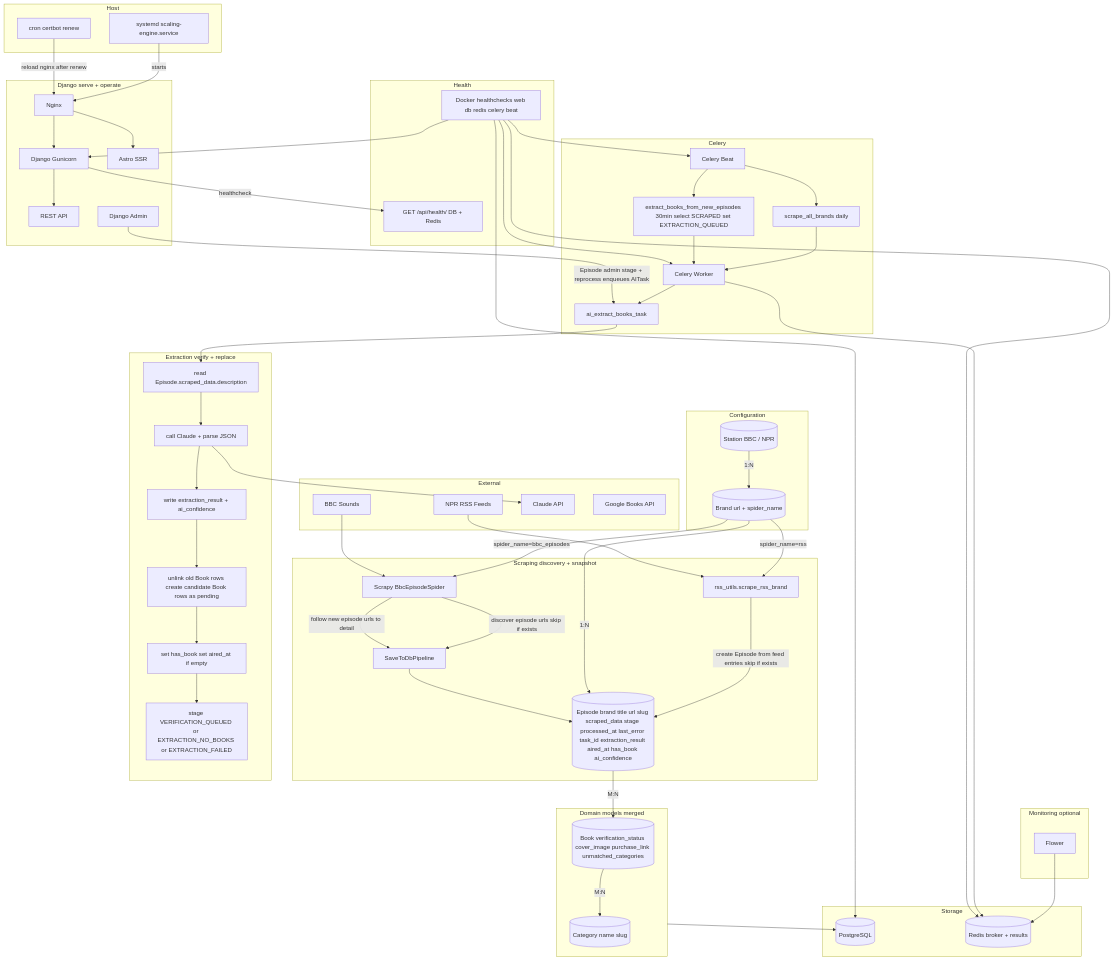
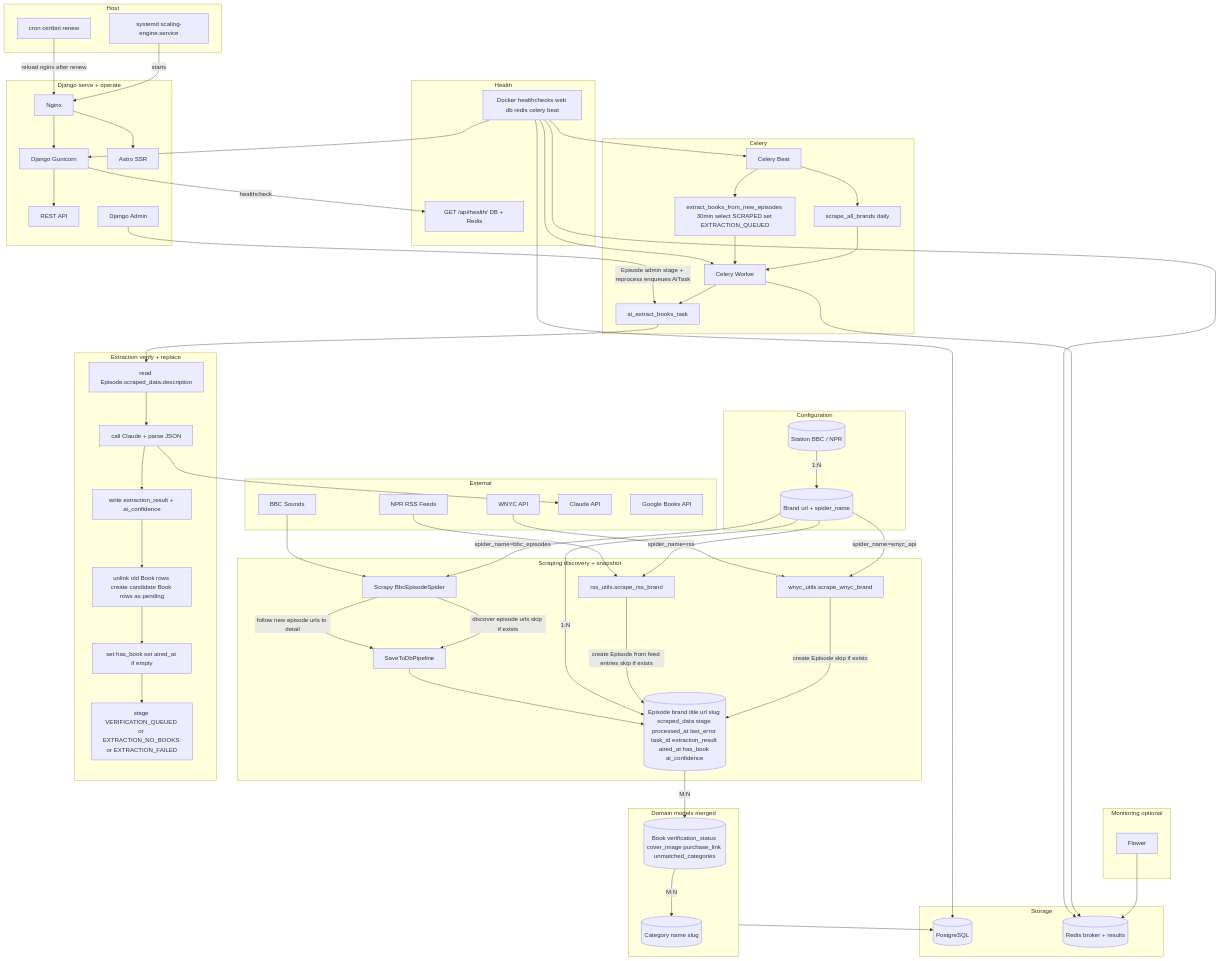
Before and after one commit to seb-thomas/scaling-engine: the first of 3 diagrams in ARCHITECTURE.md, drawn with Mermaid. The commit also changed other lines of this file and 2 other files, not shown here.

Commit message:
Docs: refresh status, full tech stack table, serving/ops architecture

```diff
--- a/ARCHITECTURE.md
+++ b/ARCHITECTURE.md
@@ -91,6 +91,7 @@
   subgraph external [External]
     BBC[BBC Sounds]
     NPR[NPR RSS Feeds]
+    WNYC[WNYC API]
     Claude[Claude API]
     GoogleBooks[Google Books API]
   end
@@ -104,9 +105,13 @@
   subgraph scraping [Scraping discovery + snapshot]
     Spider[Scrapy BbcEpisodeSpider]
     RSSUtil[rss_utils.scrape_rss_brand]
+    WNYCUtil[wnyc_utils.scrape_wnyc_brand]
     Pipeline[SaveToDbPipeline]
     Brand -->|"spider_name=bbc_episodes"| Spider
     Brand -->|"spider_name=rss"| RSSUtil
+    Brand -->|"spider_name=wnyc_api"| WNYCUtil
+    WNYC --> WNYCUtil
+    WNYCUtil -->|create Episode skip if exists| Episode
     BBC --> Spider
     NPR --> RSSUtil
     Spider -->|discover episode urls skip if exists| Pipeline
```
